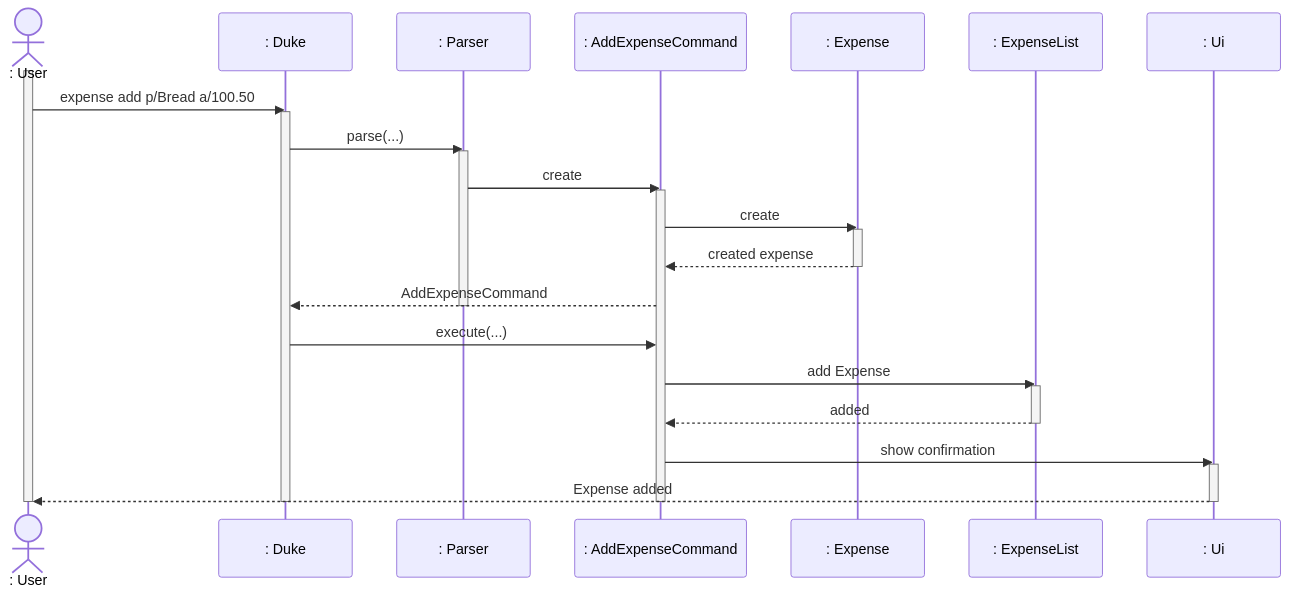
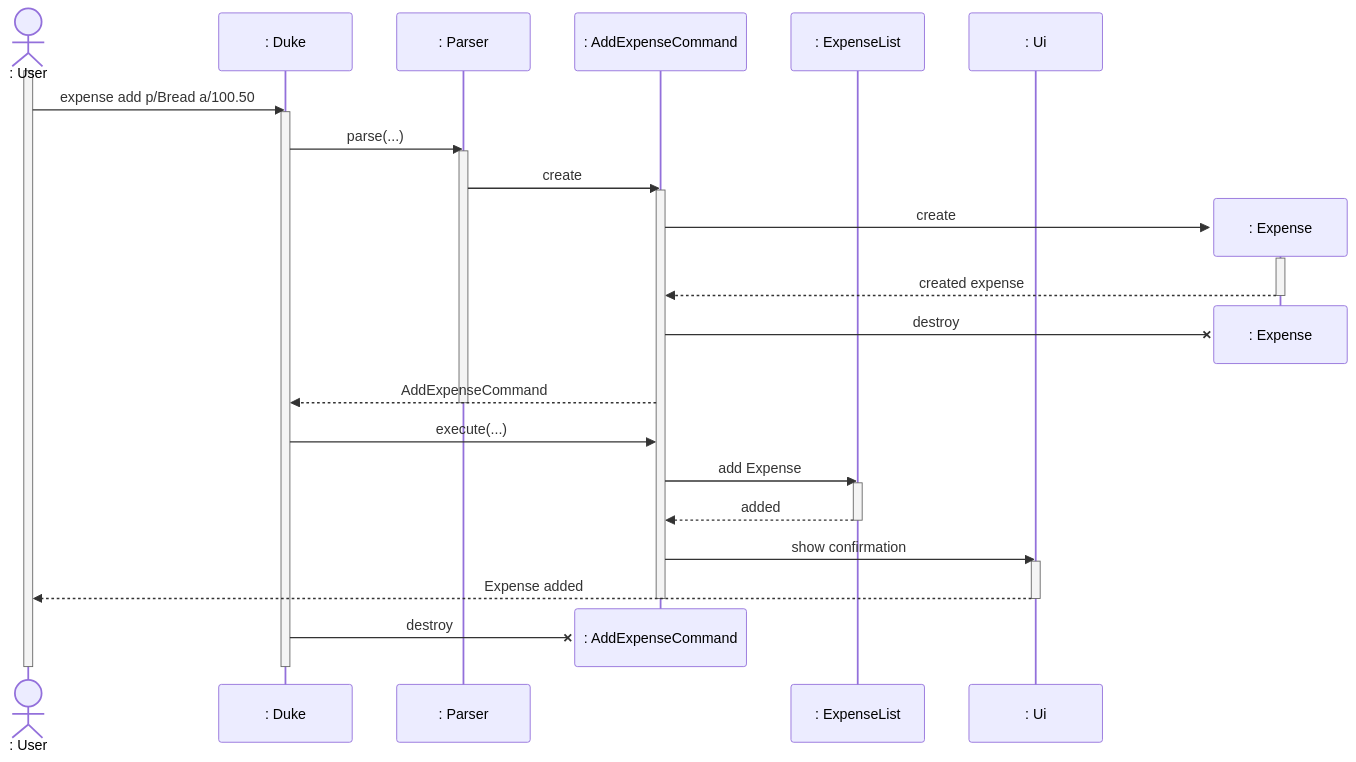
One commit to AY2627S1-CS2113-T11-1/tp changed the diagram in docs/diagrams/expense-add.mmd. Above: the diagram before and after it, drawn with Mermaid. The commit also changed 6 other files, not shown here.

Commit message:
docs: update money guidance and sequence diagrams

```diff
--- a/docs/diagrams/expense-add.mmd
+++ b/docs/diagrams/expense-add.mmd
@@ -1,36 +1,39 @@
 %%{init: {"themeVariables": {"fontSize": "20px"}}}%%
 sequenceDiagram
     actor User as : User
     participant D as : Duke
     participant P as : Parser
     participant C as : AddExpenseCommand
-    participant E as : Expense
     participant L as : ExpenseList
     participant U as : Ui
 
     activate User
     User->>D: expense add p/Bread a/100.50
     activate D
     D->>P: parse(...)
     activate P
     P->>C: create
     activate C
+    create participant E as : Expense
     C->>E: create
     activate E
     E-->>C: created expense
     deactivate E
+    destroy E
+    C-xE: destroy
     C-->>D: AddExpenseCommand
     deactivate P
     D->>C: execute(...)
     C->>L: add Expense
     activate L
     L-->>C: added
     deactivate L
     C->>U: show confirmation
     activate U
     U-->>User: Expense added
     deactivate U
     deactivate C
     destroy C
+    D-xC: destroy
     deactivate D
     deactivate User
```
